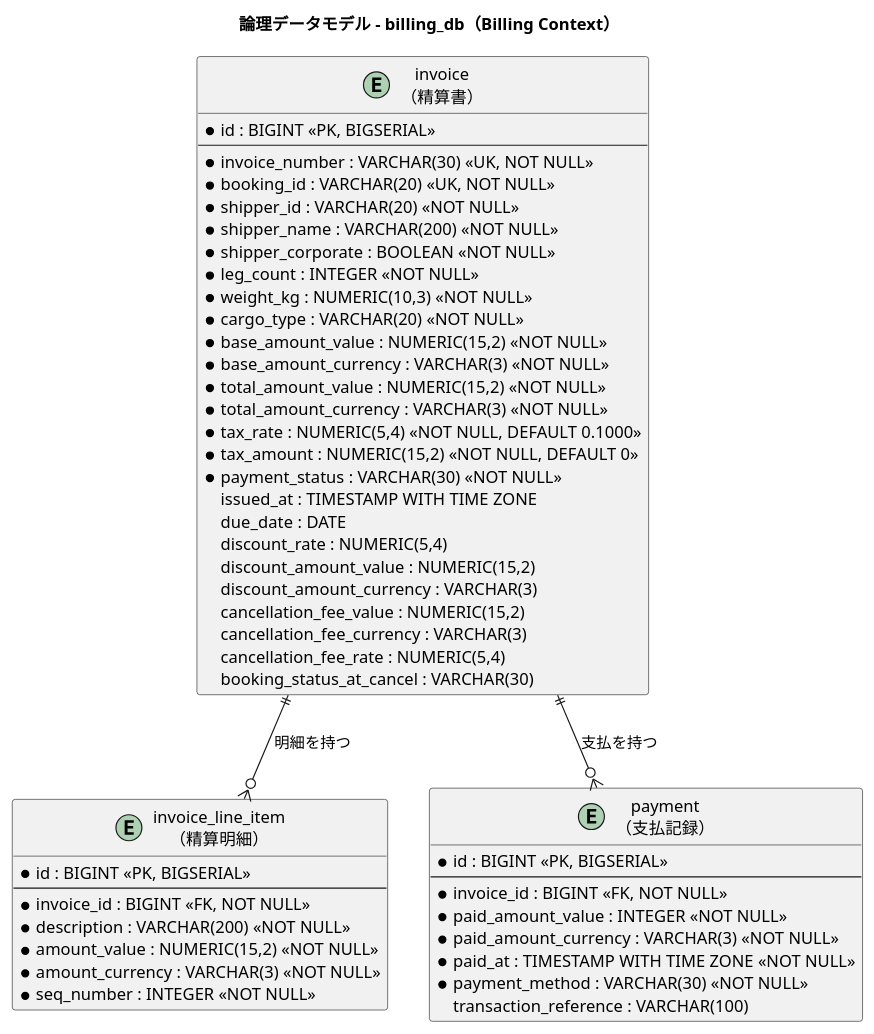
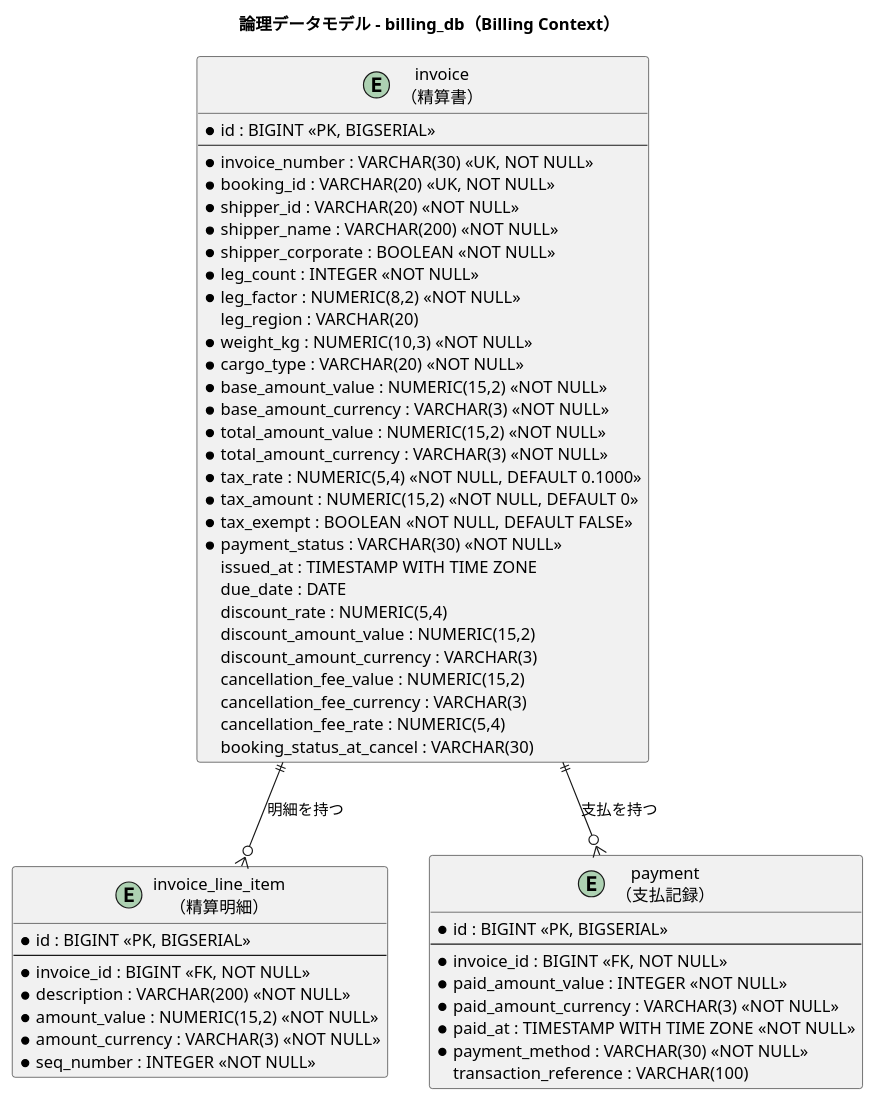
Before and after one commit to k2works/case-study-cargo-tracker: the seventh of 7 diagrams in docs/design/data-model.md, drawn with PlantUML. The commit also changed 29 other files, not shown here.

````diff
--- a/docs/design/data-model.md
+++ b/docs/design/data-model.md
@@ -744,59 +744,62 @@
 ```plantuml
 @startuml
 title 論理データモデル - billing_db（Billing Context）
 
 entity "invoice\n（精算書）" as invoice {
   * id : BIGINT <<PK, BIGSERIAL>>
   --
   * invoice_number : VARCHAR(30) <<UK, NOT NULL>>
   * booking_id : VARCHAR(20) <<UK, NOT NULL>>
   * shipper_id : VARCHAR(20) <<NOT NULL>>
   * shipper_name : VARCHAR(200) <<NOT NULL>>
   * shipper_corporate : BOOLEAN <<NOT NULL>>
   * leg_count : INTEGER <<NOT NULL>>
+  * leg_factor : NUMERIC(8,2) <<NOT NULL>>
+  leg_region : VARCHAR(20)
   * weight_kg : NUMERIC(10,3) <<NOT NULL>>
   * cargo_type : VARCHAR(20) <<NOT NULL>>
   * base_amount_value : NUMERIC(15,2) <<NOT NULL>>
   * base_amount_currency : VARCHAR(3) <<NOT NULL>>
   * total_amount_value : NUMERIC(15,2) <<NOT NULL>>
   * total_amount_currency : VARCHAR(3) <<NOT NULL>>
   * tax_rate : NUMERIC(5,4) <<NOT NULL, DEFAULT 0.1000>>
   * tax_amount : NUMERIC(15,2) <<NOT NULL, DEFAULT 0>>
+  * tax_exempt : BOOLEAN <<NOT NULL, DEFAULT FALSE>>
   * payment_status : VARCHAR(30) <<NOT NULL>>
   issued_at : TIMESTAMP WITH TIME ZONE
   due_date : DATE
   discount_rate : NUMERIC(5,4)
   discount_amount_value : NUMERIC(15,2)
   discount_amount_currency : VARCHAR(3)
   cancellation_fee_value : NUMERIC(15,2)
   cancellation_fee_currency : VARCHAR(3)
   cancellation_fee_rate : NUMERIC(5,4)
   booking_status_at_cancel : VARCHAR(30)
 }
 
 entity "invoice_line_item\n（精算明細）" as invoice_line_item {
   * id : BIGINT <<PK, BIGSERIAL>>
   --
   * invoice_id : BIGINT <<FK, NOT NULL>>
   * description : VARCHAR(200) <<NOT NULL>>
   * amount_value : NUMERIC(15,2) <<NOT NULL>>
   * amount_currency : VARCHAR(3) <<NOT NULL>>
   * seq_number : INTEGER <<NOT NULL>>
 }
 
 entity "payment\n（支払記録）" as payment {
   * id : BIGINT <<PK, BIGSERIAL>>
   --
   * invoice_id : BIGINT <<FK, NOT NULL>>
   * paid_amount_value : INTEGER <<NOT NULL>>
   * paid_amount_currency : VARCHAR(3) <<NOT NULL>>
   * paid_at : TIMESTAMP WITH TIME ZONE <<NOT NULL>>
   * payment_method : VARCHAR(30) <<NOT NULL>>
   transaction_reference : VARCHAR(100)
 }
 
 invoice ||--o{ invoice_line_item : "明細を持つ"
 invoice ||--o{ payment : "支払を持つ"
 
 @enduml
 ```
````
